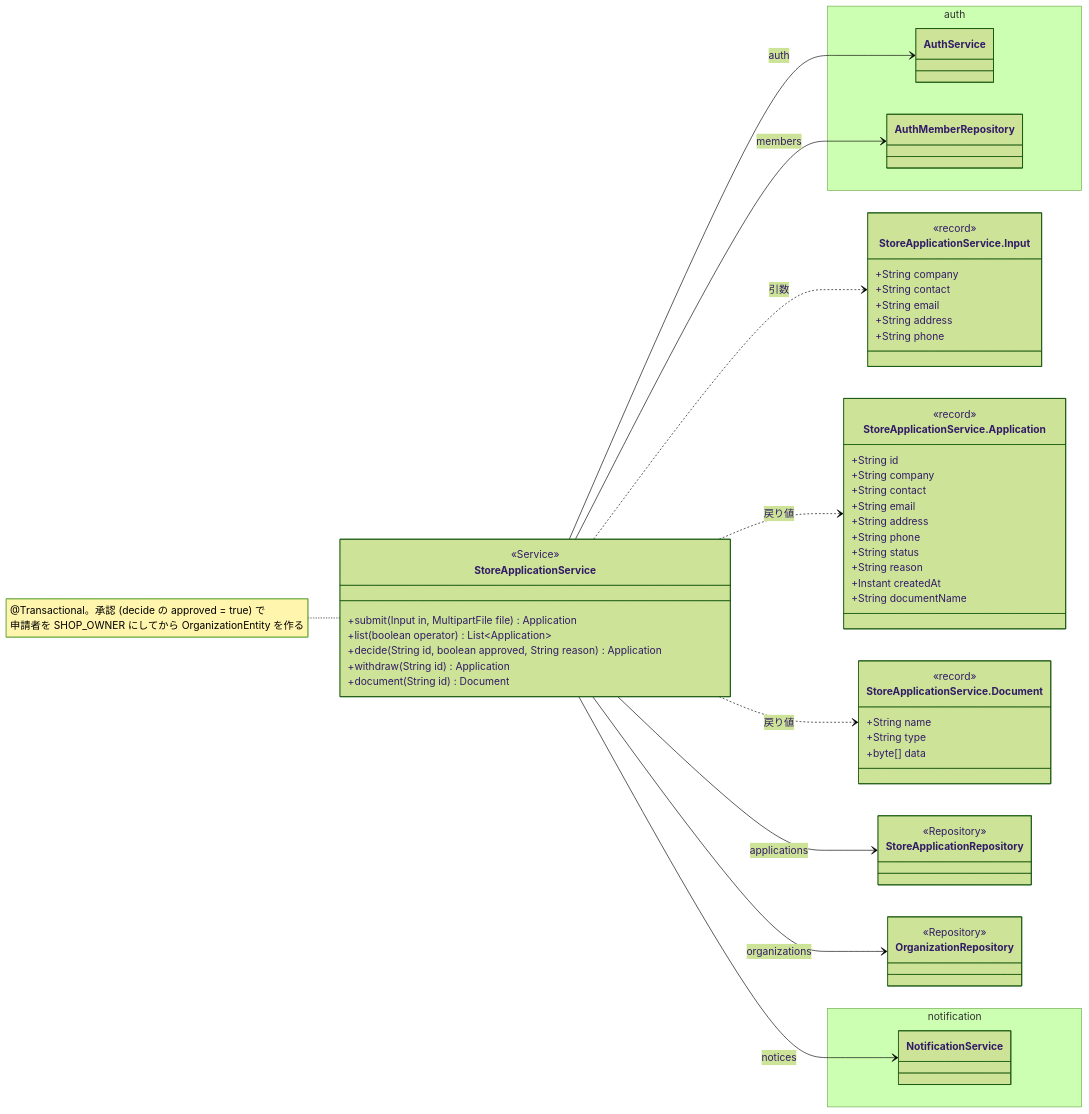
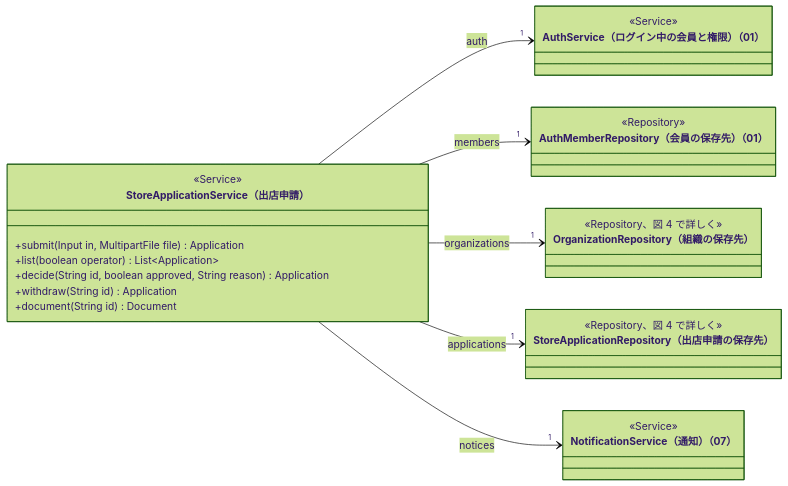
Before and after one commit to abeouga/kusakari-document: the seventh of 20 diagrams in クラス図/kusakari-ec/02_店舗と組織.md, drawn with Mermaid (forest theme). The commit also changed other lines of this file and 87 other files, not shown here.

Commit message:
EC のクラス図に全体図を足し、詳細図をデータとモジュールの図に分けて書き直す

````diff
--- a/クラス図/kusakari-ec/02_店舗と組織.md
+++ b/クラス図/kusakari-ec/02_店舗と組織.md
@@ -543,63 +660,33 @@
 ```mermaid
 classDiagram
-  direction LR
-  class StoreApplicationService {
-    <<Service>>
-    +submit(Input in, MultipartFile file) Application
-    +list(boolean operator) List~Application~
-    +decide(String id, boolean approved, String reason) Application
-    +withdraw(String id) Application
-    +document(String id) Document
-  }
-  class StoreApplicationService_Input["StoreApplicationService.Input"] {
-    <<record>>
-    +String company
-    +String contact
-    +String email
-    +String address
-    +String phone
-  }
-  class StoreApplicationService_Application["StoreApplicationService.Application"] {
-    <<record>>
-    +String id
-    +String company
-    +String contact
-    +String email
-    +String address
-    +String phone
-    +String status
-    +String reason
-    +Instant createdAt
-    +String documentName
-  }
-  class StoreApplicationService_Document["StoreApplicationService.Document"] {
-    <<record>>
-    +String name
-    +String type
-    +byte[] data
-  }
-  class StoreApplicationRepository {
-    <<Repository>>
-  }
-  class OrganizationRepository {
-    <<Repository>>
-  }
-  namespace auth {
-    class AuthService
-    class AuthMemberRepository
-  }
-  namespace notification {
-    class NotificationService
-  }
+    direction LR
+    class StoreApplicationService["StoreApplicationService（出店申請）"] {
+        <<Service>>
+        +submit(Input in, MultipartFile file) Application
+        +list(boolean operator) List~Application~
+        +decide(String id, boolean approved, String reason) Application
+        +withdraw(String id) Application
+        +document(String id) Document
+    }
+    class StoreApplicationRepository["StoreApplicationRepository（出店申請の保存先）"] {
+        <<Repository、図 4 で詳しく>>
+    }
+    class OrganizationRepository["OrganizationRepository（組織の保存先）"] {
+        <<Repository、図 4 で詳しく>>
+    }
+    class AuthService["AuthService（ログイン中の会員と権限）（01）"] {
+        <<Service>>
+    }
+    class AuthMemberRepository["AuthMemberRepository（会員の保存先）（01）"] {
+        <<Repository>>
+    }
+    class NotificationService["NotificationService（通知）（07）"] {
+        <<Service>>
+    }
 
-  StoreApplicationService --> AuthService : auth
-  StoreApplicationService --> AuthMemberRepository : members
-  StoreApplicationService --> OrganizationRepository : organizations
-  StoreApplicationService --> StoreApplicationRepository : applications
-  StoreApplicationService --> NotificationService : notices
-  StoreApplicationService ..> StoreApplicationService_Input : 引数
-  StoreApplicationService ..> StoreApplicationService_Application : 戻り値
-  StoreApplicationService ..> StoreApplicationService_Document : 戻り値
-
-  note for StoreApplicationService "@Transactional。承認 (decide の approved = true) で<br/>申請者を SHOP_OWNER にしてから OrganizationEntity を作る"
+    StoreApplicationService --> "1" AuthService : auth
+    StoreApplicationService --> "1" AuthMemberRepository : members
+    StoreApplicationService --> "1" OrganizationRepository : organizations
+    StoreApplicationService --> "1" StoreApplicationRepository : applications
+    StoreApplicationService --> "1" NotificationService : notices
 ```
````
